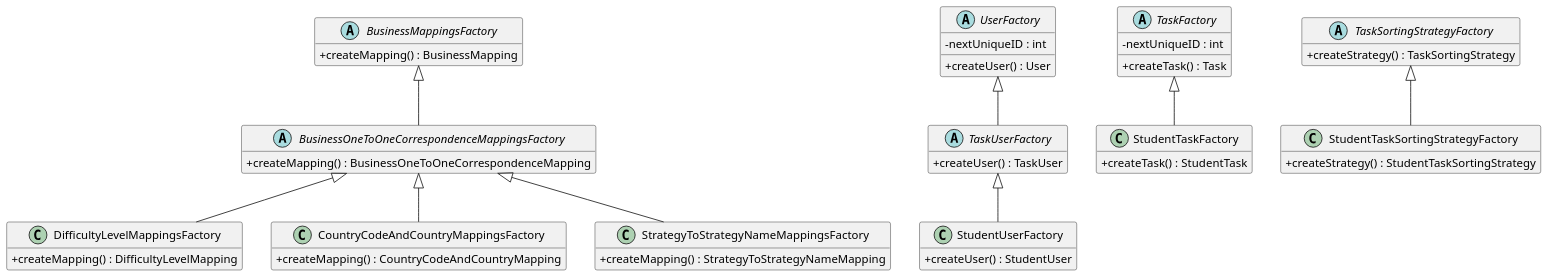
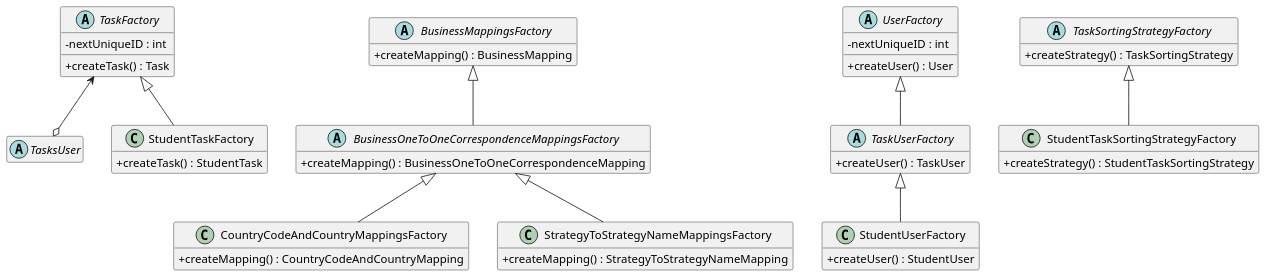
One commit to CSC207-2025F-UofT/team-project changed the second of 2 diagrams in Entities.puml. Above: the diagram before and after it, drawn with PlantUML. The commit also changed other lines of this file and 2 other files, not shown here.

Commit message:
add enumerations and improve entities PlantUML file

```diff
--- a/Entities.puml
+++ b/Entities.puml
@@ -116,75 +145,76 @@
 @startuml
 'https://plantuml.com/class-diagram
 ' `..|>` represents Interface Realization/Implementation (dashed line with an open arrow).
 ' `--|>` represents Inheritance/Generalization (solid line with an open arrow).
 ' `o-->` represents Aggregation (a hollow diamond pointing to the owner/container). The "\*" indicates multiplicity (e.g., Drawing holds multiple Shape objects).
 skinparam dpi 120
 skinparam classAttributeIconSize 0
 hide empty members
 
 ' ========
 ' Factories
 ' ========
+
+abstract class TasksUser
+
 abstract class BusinessMappingsFactory {
   + createMapping() : BusinessMapping
 }
 
 abstract class BusinessOneToOneCorrespondenceMappingsFactory {
   + createMapping() : BusinessOneToOneCorrespondenceMapping
-}
-
-class DifficultyLevelMappingsFactory {
-  + createMapping() : DifficultyLevelMapping
 }
 
 class CountryCodeAndCountryMappingsFactory {
   + createMapping() : CountryCodeAndCountryMapping
 }
 
 class StrategyToStrategyNameMappingsFactory {
   + createMapping() : StrategyToStrategyNameMapping
 }
 
 BusinessMappingsFactory <|-- BusinessOneToOneCorrespondenceMappingsFactory
-BusinessOneToOneCorrespondenceMappingsFactory <|-- DifficultyLevelMappingsFactory
 BusinessOneToOneCorrespondenceMappingsFactory <|-- CountryCodeAndCountryMappingsFactory
 BusinessOneToOneCorrespondenceMappingsFactory <|-- StrategyToStrategyNameMappingsFactory
 
 abstract class UserFactory {
   - nextUniqueID : int
   + createUser() : User
 }
 
 abstract class TaskUserFactory {
   + createUser() : TaskUser
 }
 
 class StudentUserFactory {
   + createUser() : StudentUser
 }
 
 UserFactory <|-- TaskUserFactory
 TaskUserFactory <|-- StudentUserFactory
 
 abstract class TaskFactory {
   - nextUniqueID : int
   + createTask() : Task
 }
 
 class StudentTaskFactory {
   + createTask() : StudentTask
 }
 
 TaskFactory <|-- StudentTaskFactory
 
 abstract class TaskSortingStrategyFactory {
   + createStrategy() : TaskSortingStrategy
 }
 
 class StudentTaskSortingStrategyFactory {
   + createStrategy() : StudentTaskSortingStrategy
 }
 
 TaskSortingStrategyFactory <|-- StudentTaskSortingStrategyFactory
 
+' The following TaskUser is a continuation from the PlantUML diagram described above
+TaskFactory <--o TasksUser
+
 @enduml
```
